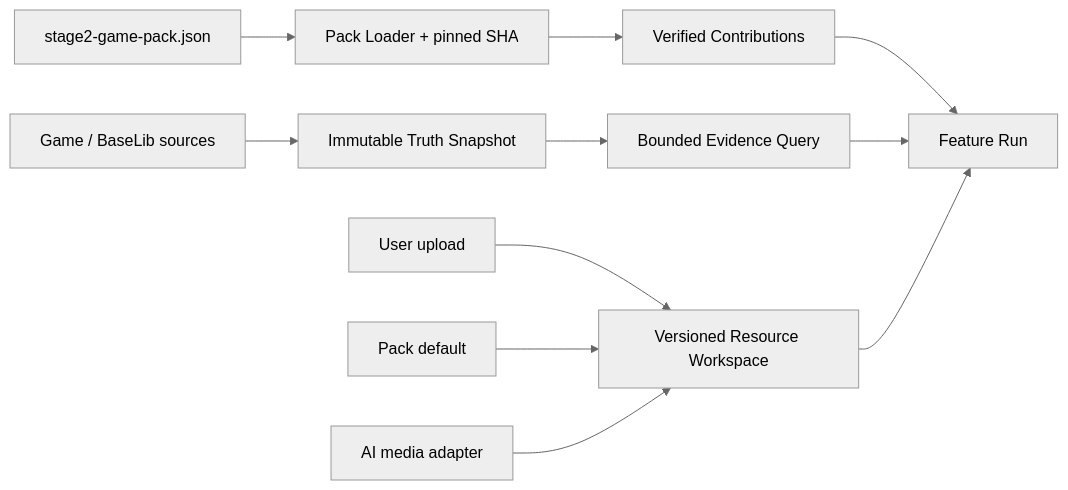
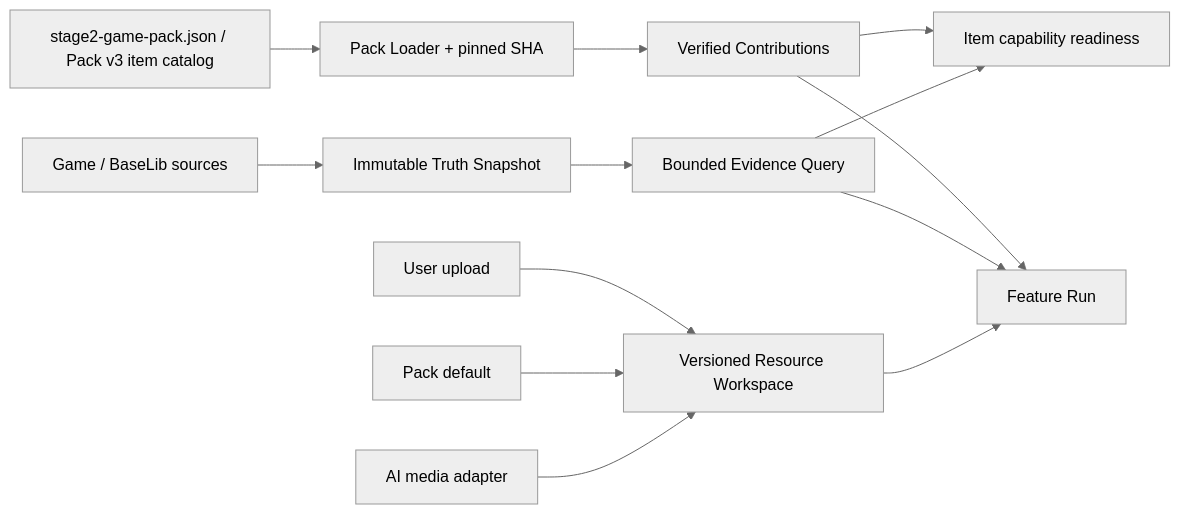
Before and after one commit to Frashmeat/AgentForSTS2: the second of 3 diagrams in docs/01-总览/项目架构总览.md, drawn with Mermaid (neutral theme). The commit also changed other lines of this file and 24 other files, not shown here.

Commit message:
feat(pack): establish item contracts and readiness

````diff
--- a/docs/01-总览/项目架构总览.md
+++ b/docs/01-总览/项目架构总览.md
@@ -116,13 +116,15 @@
 ```mermaid
 flowchart LR
-    PackFile[stage2-game-pack.json] --> Loader[Pack Loader + pinned SHA]
+    PackFile[stage2-game-pack.json / Pack v3 item catalog] --> Loader[Pack Loader + pinned SHA]
     Loader --> Contributions[Verified Contributions]
     Source[Game / BaseLib sources] --> Snapshot[Immutable Truth Snapshot]
     Snapshot --> Evidence[Bounded Evidence Query]
+    Contributions --> Readiness[Item capability readiness]
+    Evidence --> Readiness
     Upload[User upload] --> Resource[Versioned Resource Workspace]
     PackDefault[Pack default] --> Resource
     AI[AI media adapter] --> Resource
     Contributions --> Feature[Feature Run]
     Evidence --> Feature
     Resource --> Feature
 ```
````
